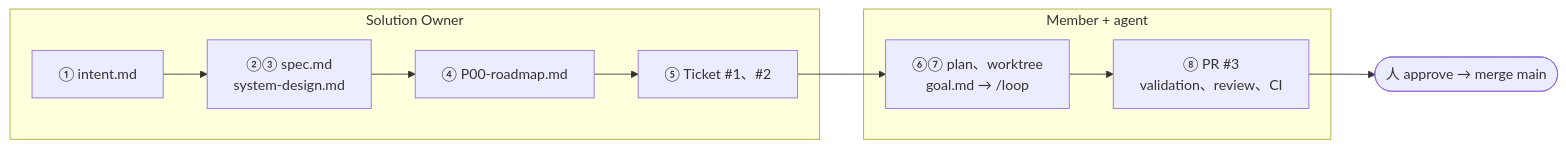
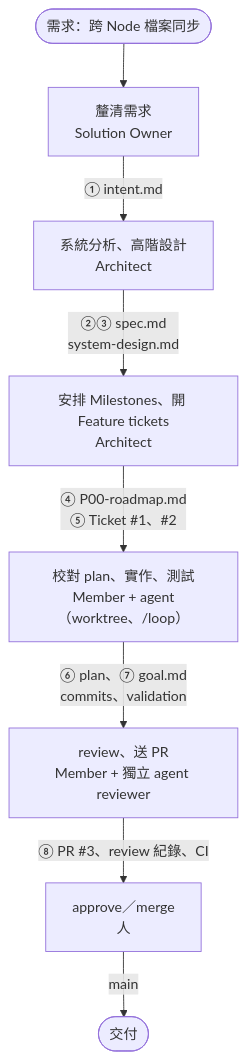
The diagram in README.md (yschiang/cross-dc-xfer), drawn with Mermaid before and after one commit. The commit also changed other lines of this file and 1 other file, not shown here.

First line of the commit message:
docs(README): diagram-first workflow, real ticket screenshot, organized /loop section, design site link

````diff
--- a/README.md
+++ b/README.md
@@ -47,11 +45,10 @@
 ```mermaid
-flowchart LR
-    subgraph SO["Solution Owner"]
-        I["① intent.md"] --> S["②③ spec.md<br/>system-design.md"] --> R["④ P00-roadmap.md"] --> T["⑤ Ticket #1、#2"]
-    end
-    subgraph MB["Member + agent"]
-        P["⑥⑦ plan、worktree<br/>goal.md → /loop"] --> PR["⑧ PR #3<br/>validation、review、CI"]
-    end
-    T --> P
-    PR --> M(["人 approve → merge main"])
+flowchart TD
+    R(["需求：跨 Node 檔案同步"]) --> P0["釐清需求<br/>Solution Owner"]
+    P0 -->|"① intent.md"| S["系統分析、高階設計<br/>Architect"]
+    S -->|"②③ spec.md<br/>system-design.md"| M["安排 Milestones、開 Feature tickets<br/>Architect"]
+    M -->|"④ P00-roadmap.md<br/>⑤ Ticket #1、#2"| D["校對 plan、實作、測試<br/>Member + agent（worktree、/loop）"]
+    D -->|"⑥ plan、⑦ goal.md<br/>commits、validation"| RV["review、送 PR<br/>Member + 獨立 agent reviewer"]
+    RV -->|"⑧ PR #3、review 紀錄、CI"| H["approve／merge<br/>人"]
+    H -->|"main"| E(["交付"])
 ```
````
